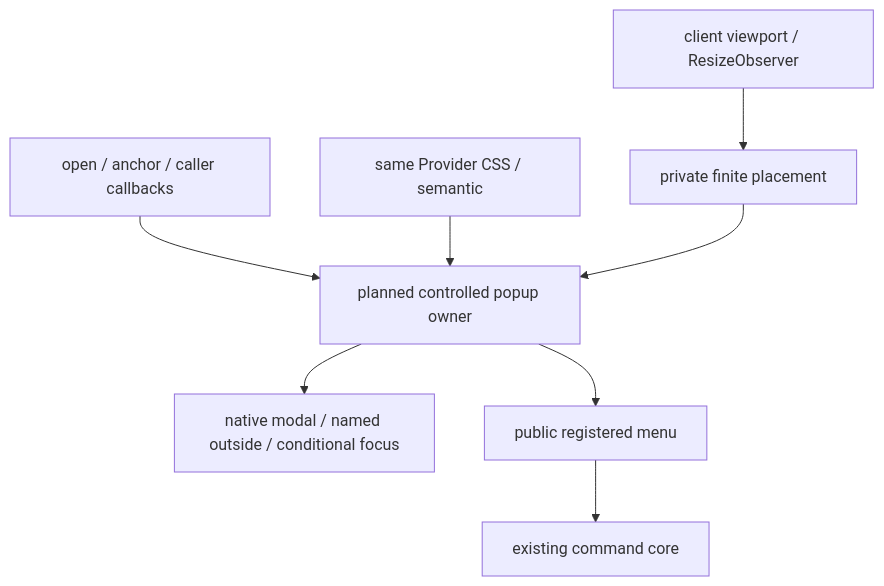
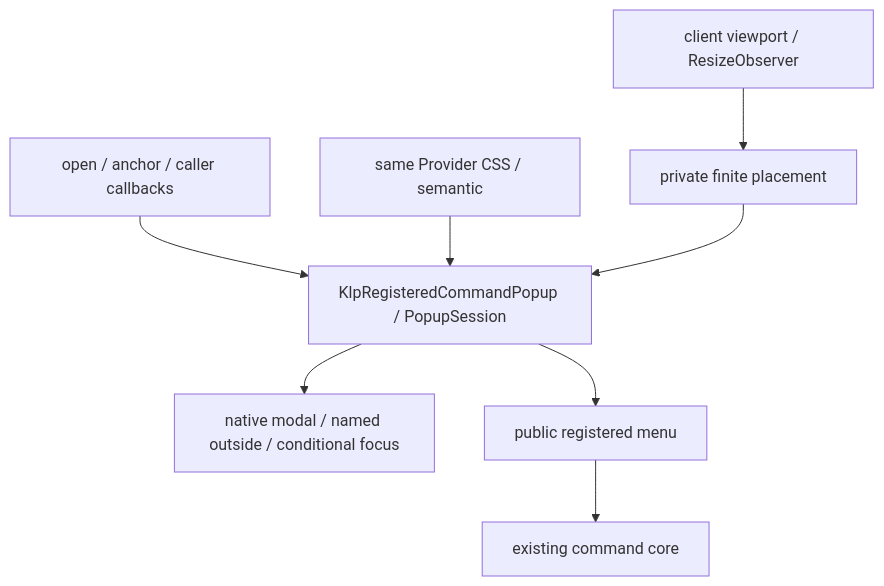
Before and after one commit to MiuDog/Kallopis: diagram 17 of 17 in react/architecture.md, drawn with Mermaid. The commit also changed other lines of this file and 8 other files, not shown here.

````diff
--- a/react/architecture.md
+++ b/react/architecture.md
@@ -612,10 +612,10 @@
 ```mermaid
 flowchart TD
-	Props[open / anchor / caller callbacks] --> Popup[planned controlled popup owner]
+	Props[open / anchor / caller callbacks] --> Popup[KlpRegisteredCommandPopup / PopupSession]
 	Provider[same Provider CSS / semantic] --> Popup
 	Viewport[client viewport / ResizeObserver] --> Placement[private finite placement]
 	Placement --> Popup
 	Popup --> Dialog[native modal / named outside / conditional focus]
 	Popup --> Menu[public registered menu]
 	Menu --> Registry[existing command core]
 ```
````
